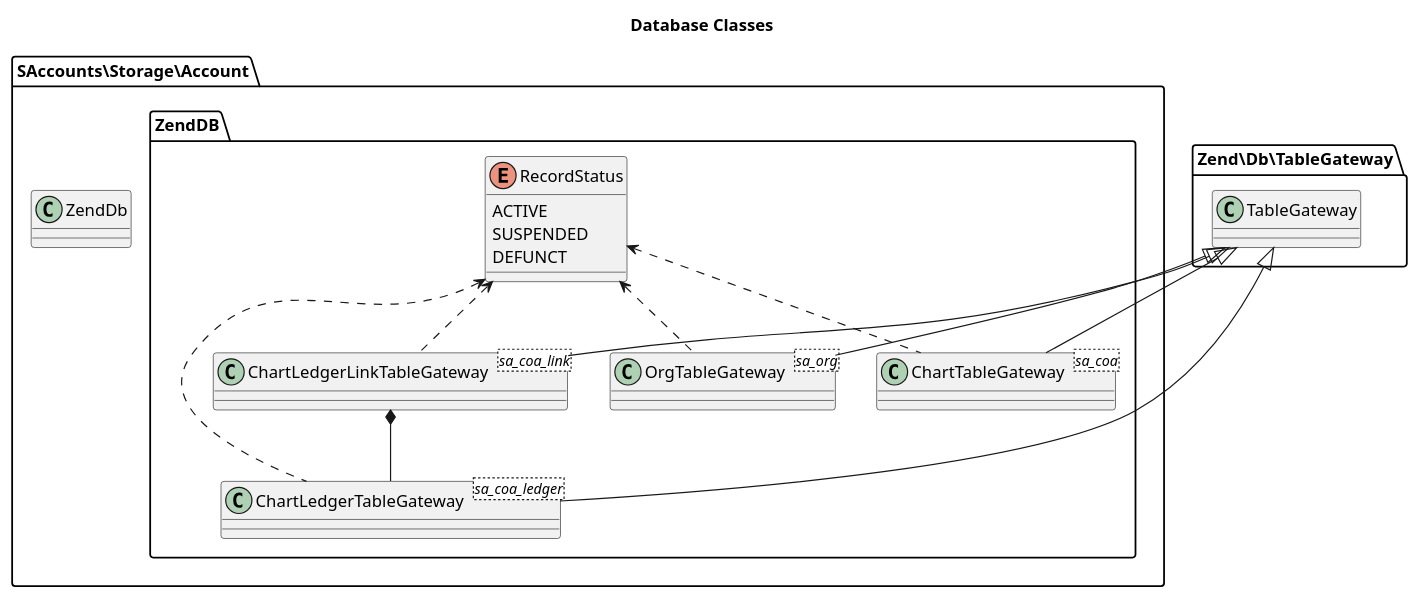
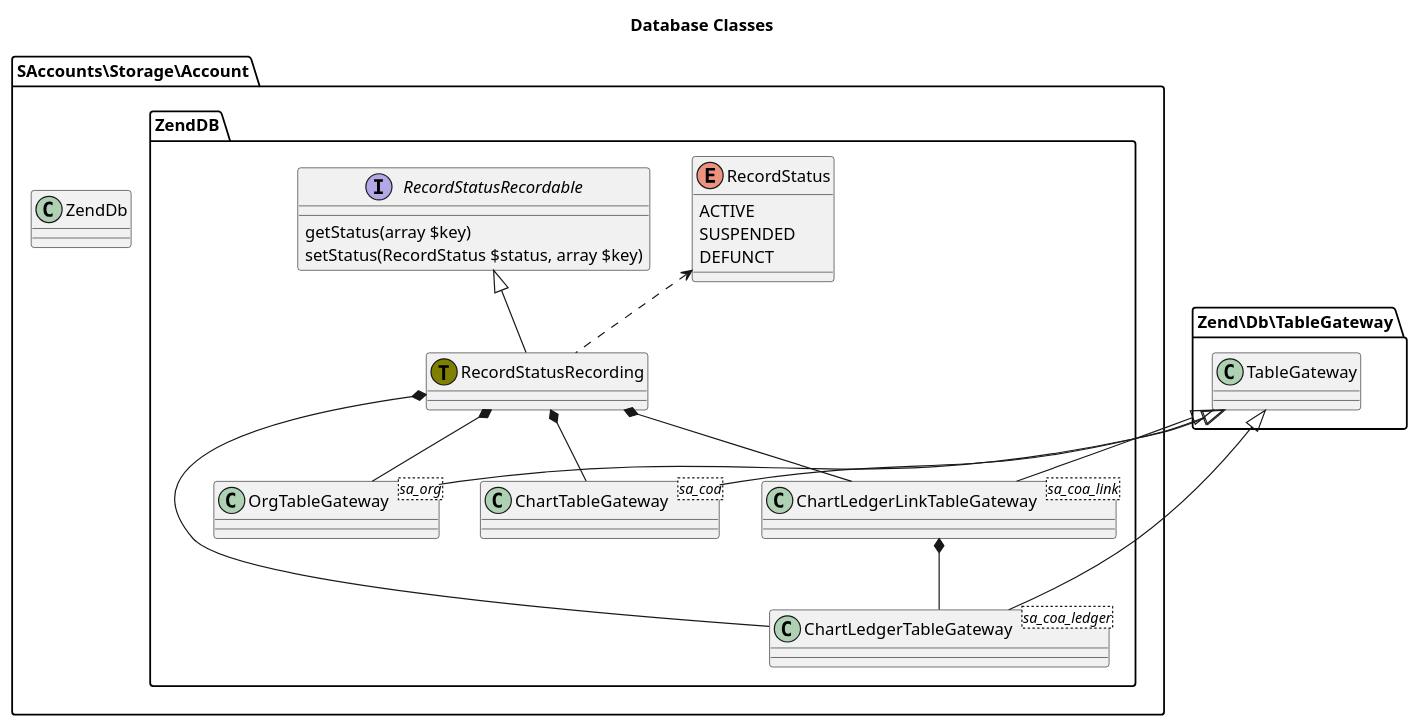
The diagram in src/Chippyash/SAccounts/Storage/Account/ZendDB/docs/Database Classes.puml (chippyash/Simple-Accounts), drawn with PlantUML before and after one commit.

Commit message:
update class diag

```diff
--- a/src/Chippyash/SAccounts/Storage/Account/ZendDB/docs/Database Classes.puml
+++ b/src/Chippyash/SAccounts/Storage/Account/ZendDB/docs/Database Classes.puml
@@ -1,38 +1,44 @@
 @startuml
 title Database Classes
 
 package Zend\Db\TableGateway {
 	class TableGateway
 }
 
 package SAccounts\Storage\Account {
 
 	class ZendDb
 
 	package ZendDB {
 
 		enum RecordStatus {
 			ACTIVE
 			SUSPENDED
 			DEFUNCT
 		}
 
+		interface RecordStatusRecordable {
+			getStatus(array $key)
+			setStatus(RecordStatus $status, array $key)
+		}
+		class RecordStatusRecording << (T, olive)>>
 		class OrgTableGateway<sa_org>
 		class ChartTableGateway<sa_coa>
 		class ChartLedgerTableGateway<sa_coa_ledger>
 		class ChartLedgerLinkTableGateway<sa_coa_link>
 	}
 }
 
 TableGateway <|-- OrgTableGateway
 TableGateway <|-- ChartTableGateway
 TableGateway <|-- ChartLedgerTableGateway
 TableGateway <|-- ChartLedgerLinkTableGateway
 ChartLedgerLinkTableGateway *-- ChartLedgerTableGateway
-RecordStatus <.. OrgTableGateway
-RecordStatus <.. ChartTableGateway
-RecordStatus <. ChartLedgerTableGateway
-RecordStatus <.. ChartLedgerLinkTableGateway
-
+RecordStatus <.. RecordStatusRecording
+RecordStatusRecordable <|-- RecordStatusRecording
+RecordStatusRecording *-- OrgTableGateway
+RecordStatusRecording *-- ChartTableGateway
+RecordStatusRecording *-- ChartLedgerTableGateway
+RecordStatusRecording *-- ChartLedgerLinkTableGateway
 
 @enduml
```
